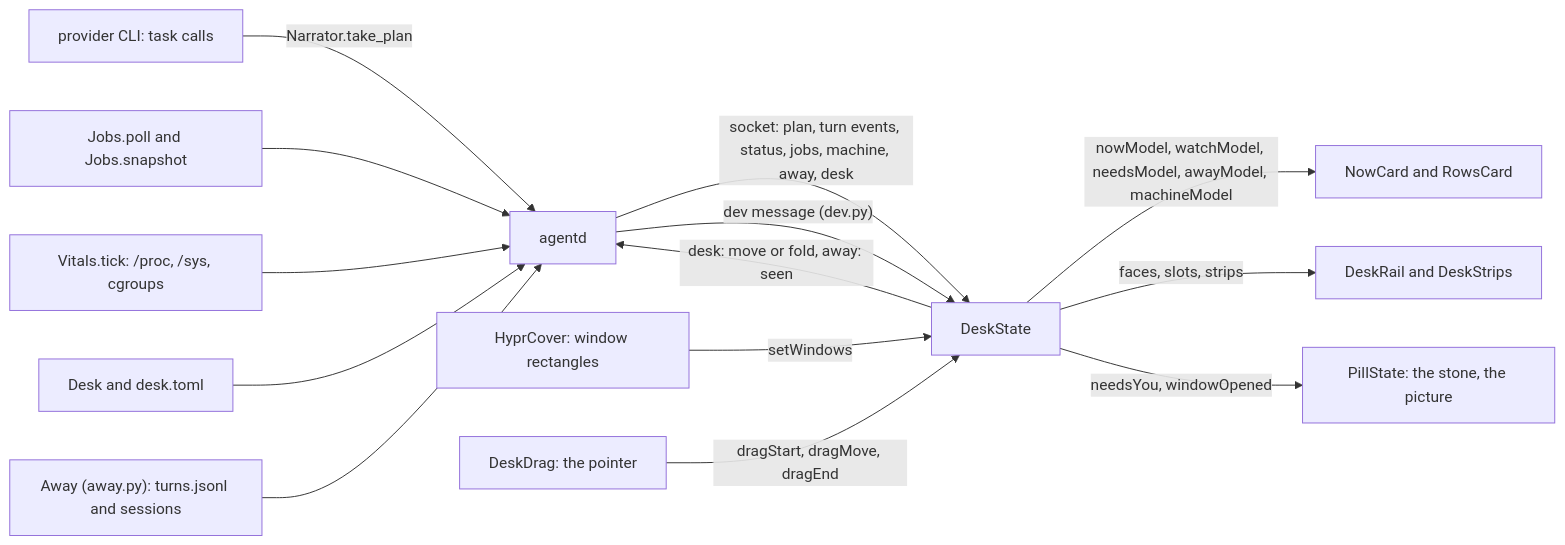
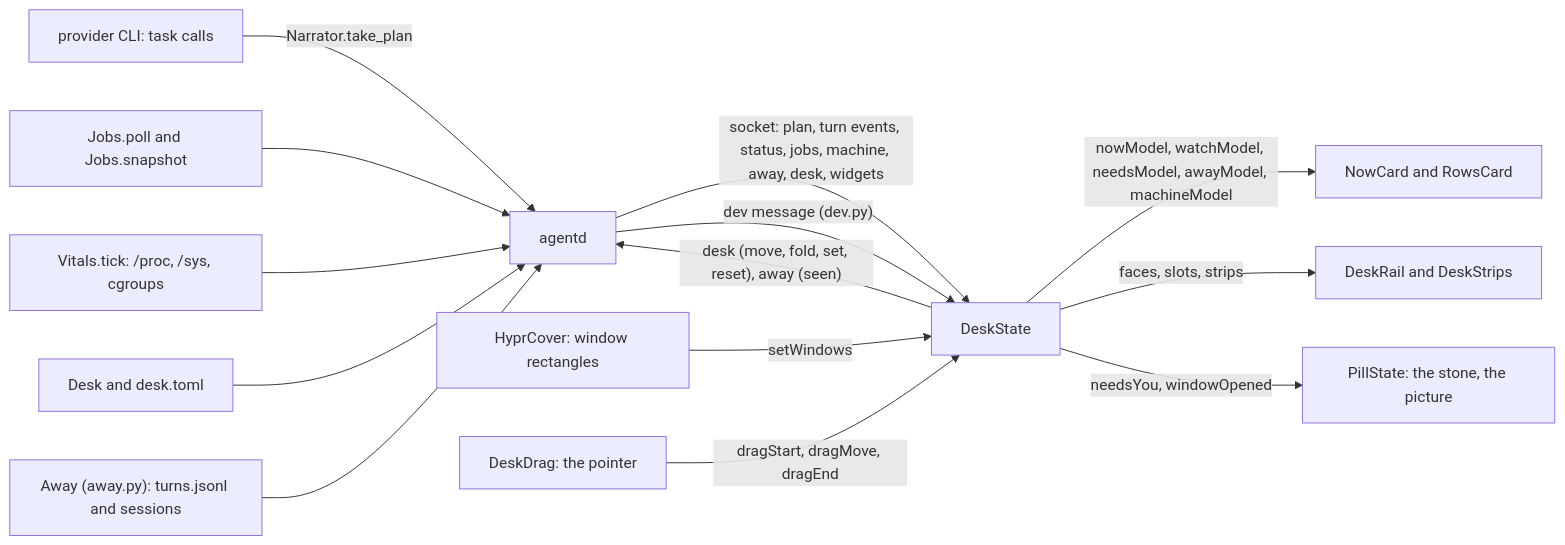
One commit to thedefaultman/Bombadil changed the first of 7 diagrams in docs/architecture/desk.md. Above: the diagram before and after it, drawn with Mermaid. The commit also changed other lines of this file and 14 other files, not shown here.

First line of the commit message:
docs: the desk, Keep and the Widgets card across the desk, Tips, agent daemon, shell, UX, reference and brief pages

````diff
--- a/docs/architecture/desk.md
+++ b/docs/architecture/desk.md
@@ -14,16 +14,16 @@
 ```mermaid
 flowchart LR
     CLI["provider CLI: task calls"] -->|"Narrator.take_plan"| AGD["agentd"]
     JOBS["Jobs.poll and Jobs.snapshot"] --> AGD
     VIT["Vitals.tick: /proc, /sys, cgroups"] --> AGD
     DESKPY["Desk and desk.toml"] --> AGD
     AWAY["Away (away.py): turns.jsonl and sessions"] --> AGD
-    AGD -->|"socket: plan, turn events, status, jobs, machine, away, desk"| DS["DeskState"]
+    AGD -->|"socket: plan, turn events, status, jobs, machine, away, desk, widgets"| DS["DeskState"]
     AGD -->|"dev message (dev.py)"| DS
     COVER["HyprCover: window rectangles"] -->|"setWindows"| DS
     GRIP["DeskDrag: the pointer"] -->|"dragStart, dragMove, dragEnd"| DS
-    DS -->|"desk: move or fold, away: seen"| AGD
+    DS -->|"desk (move, fold, set, reset), away (seen)"| AGD
     DS -->|"nowModel, watchModel, needsModel, awayModel, machineModel"| CARDS["NowCard and RowsCard"]
     DS -->|"faces, slots, strips"| DRAW["DeskRail and DeskStrips"]
     DS -->|"needsYou, windowOpened"| PILL["PillState: the stone, the picture"]
 ```
````
